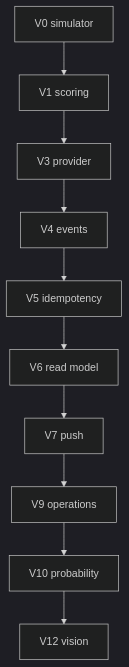
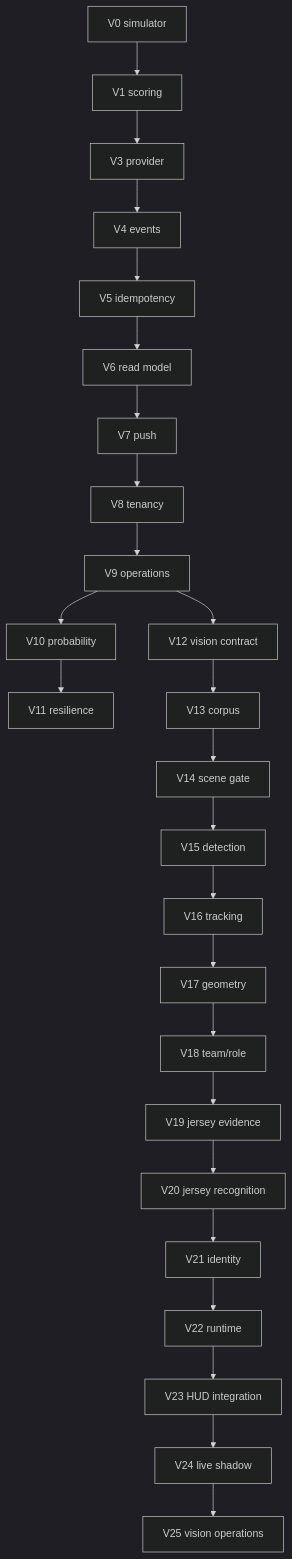
One commit to danthemanhernan/FantasyFootballPersonalCapstone changed the first of 2 diagrams in docs/architecture/system-overview.md. Above: the diagram before and after it, drawn with Mermaid (dark theme). The commit also changed 25 other files, not shown here.

Commit message:
Expand granular real-time vision roadmap

````diff
--- a/docs/architecture/system-overview.md
+++ b/docs/architecture/system-overview.md
@@ -3,5 +3,10 @@
 ```mermaid
 flowchart TB
   V0["V0 simulator"] --> V1["V1 scoring"] --> V3["V3 provider"] --> V4["V4 events"] --> V5["V5 idempotency"]
-  V5 --> V6["V6 read model"] --> V7["V7 push"] --> V9["V9 operations"] --> V10["V10 probability"] --> V12["V12 vision"]
+  V5 --> V6["V6 read model"] --> V7["V7 push"] --> V8["V8 tenancy"] --> V9["V9 operations"]
+  V9 --> V10["V10 probability"] --> V11["V11 resilience"]
+  V9 --> V12["V12 vision contract"] --> V13["V13 corpus"] --> V14["V14 scene gate"] --> V15["V15 detection"]
+  V15 --> V16["V16 tracking"] --> V17["V17 geometry"] --> V18["V18 team/role"] --> V19["V19 jersey evidence"]
+  V19 --> V20["V20 jersey recognition"] --> V21["V21 identity"] --> V22["V22 runtime"] --> V23["V23 HUD integration"]
+  V23 --> V24["V24 live shadow"] --> V25["V25 vision operations"]
 ```
````
